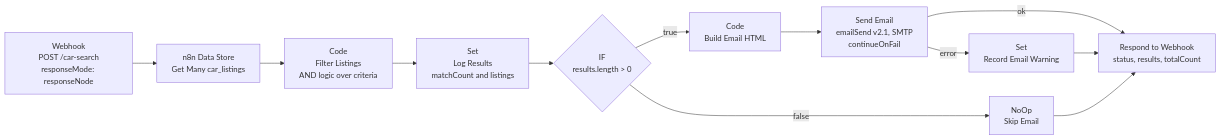
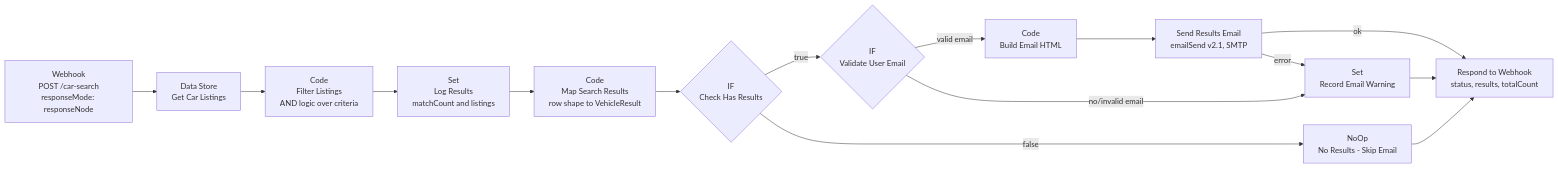
One commit to krisztiannyiri/ai-car-buying-assistant changed the fourth of 6 diagrams in ARCHITECTURE.md. Above: the diagram before and after it, drawn with Mermaid. The commit also changed other lines of this file and 33 other files, not shown here.

````diff
--- a/ARCHITECTURE.md
+++ b/ARCHITECTURE.md
@@ -358,19 +394,23 @@
 ```mermaid
 flowchart LR
     W["Webhook<br/>POST /car-search<br/>responseMode: responseNode"]
-    G["n8n Data Store<br/>Get Many car_listings"]
+    G["Data Store<br/>Get Car Listings"]
     F["Code<br/>Filter Listings<br/>AND logic over criteria"]
     L["Set<br/>Log Results<br/>matchCount and listings"]
-    I{"IF<br/>results.length > 0"}
+    M["Code<br/>Map Search Results<br/>row shape to VehicleResult"]
+    I{"IF<br/>Check Has Results"}
+    V{"IF<br/>Validate User Email"}
     B["Code<br/>Build Email HTML"]
-    S["Send Email<br/>emailSend v2.1, SMTP<br/>continueOnFail"]
+    S["Send Results Email<br/>emailSend v2.1, SMTP"]
     WARN["Set<br/>Record Email Warning"]
-    NOOP["NoOp<br/>Skip Email"]
+    NOOP["NoOp<br/>No Results - Skip Email"]
     RESP["Respond to Webhook<br/>status, results, totalCount"]
 
-    W --> G --> F --> L --> I
-    I -->|true| B --> S
+    W --> G --> F --> L --> M --> I
+    I -->|true| V
+    V -->|valid email| B --> S
+    V -->|no/invalid email| WARN
     S -->|ok| RESP
     S -->|error| WARN --> RESP
     I -->|false| NOOP --> RESP
 ```
````
